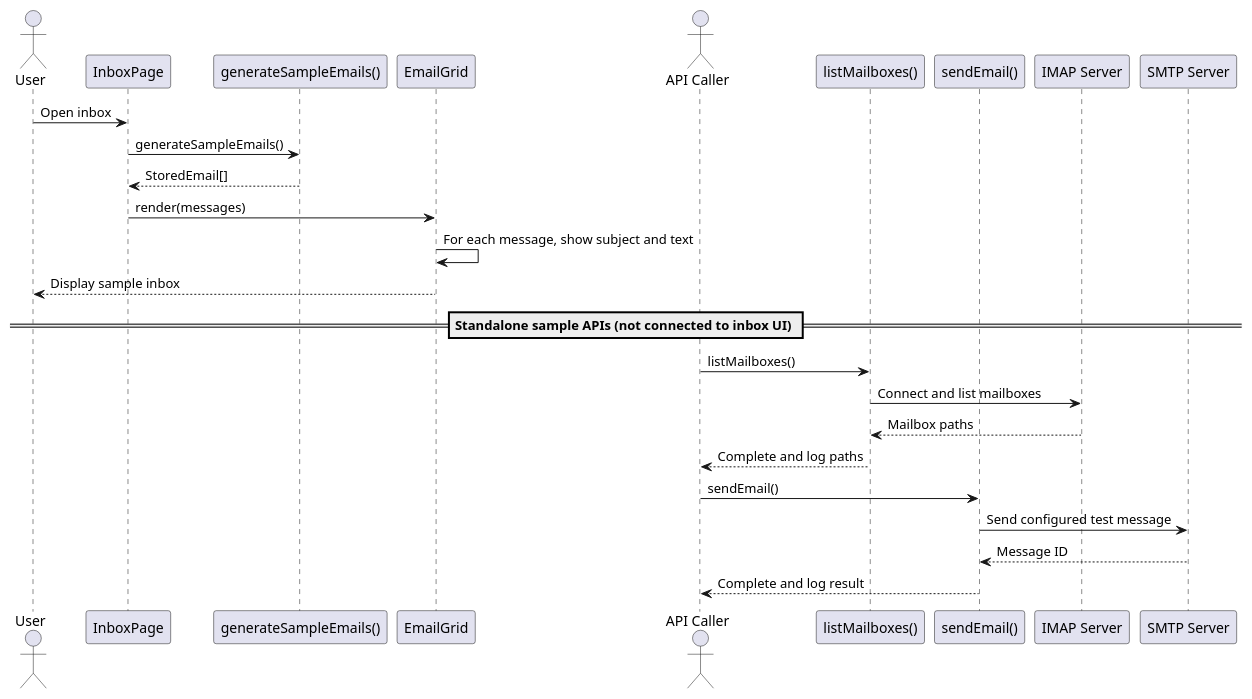
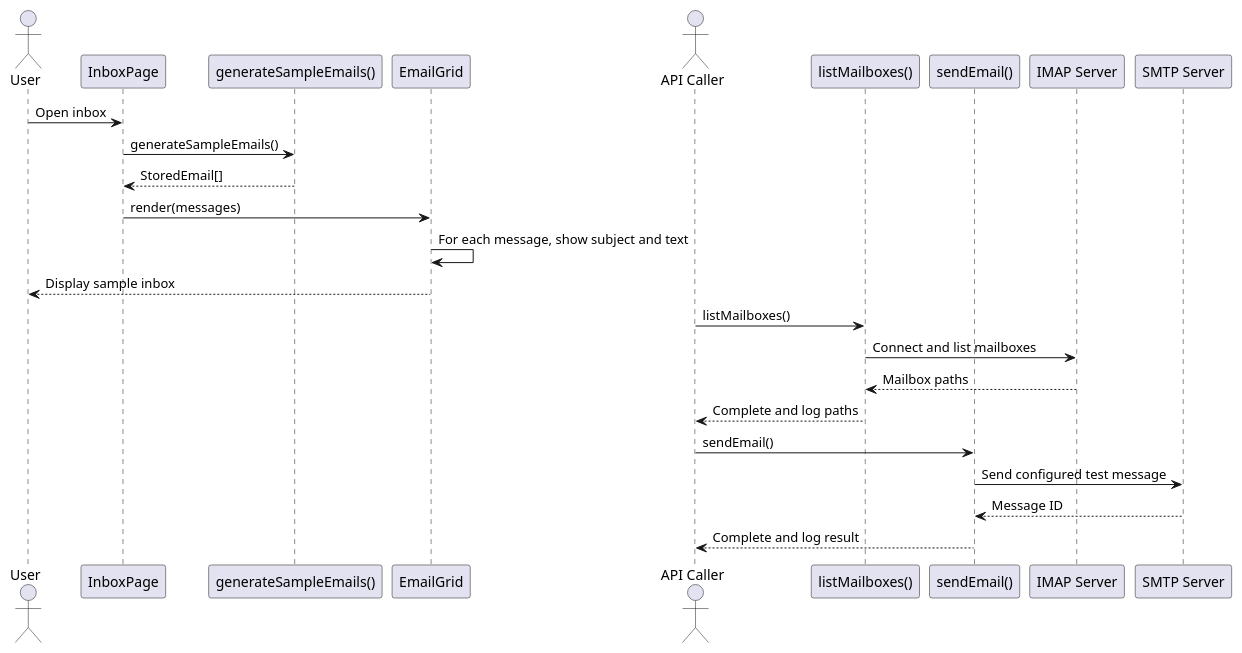
Before and after one commit to nathanalger/cs3141-team-software-project: the diagram in docs/uml/email-sequence.puml, drawn with PlantUML. The commit also changed 2 other files, not shown here.

Commit message:
change diagrams

```diff
--- a/docs/uml/email-sequence.puml
+++ b/docs/uml/email-sequence.puml
@@ -1,31 +1,29 @@
 @startuml
 actor User
 participant InboxPage
 participant "generateSampleEmails()" as Factory
 participant EmailGrid
 
 User -> InboxPage: Open inbox
 InboxPage -> Factory: generateSampleEmails()
 Factory --> InboxPage: StoredEmail[]
 InboxPage -> EmailGrid: render(messages)
 EmailGrid -> EmailGrid: For each message, show subject and text
 EmailGrid --> User: Display sample inbox
-
-== Standalone sample APIs (not connected to inbox UI) ==
 
 actor "API Caller" as Caller
 participant "listMailboxes()" as MailboxAPI
 participant "sendEmail()" as SendAPI
 participant "IMAP Server" as IMAP
 participant "SMTP Server" as SMTP
 
 Caller -> MailboxAPI: listMailboxes()
 MailboxAPI -> IMAP: Connect and list mailboxes
 IMAP --> MailboxAPI: Mailbox paths
 MailboxAPI --> Caller: Complete and log paths
 
 Caller -> SendAPI: sendEmail()
 SendAPI -> SMTP: Send configured test message
 SMTP --> SendAPI: Message ID
 SendAPI --> Caller: Complete and log result
 @enduml
```
